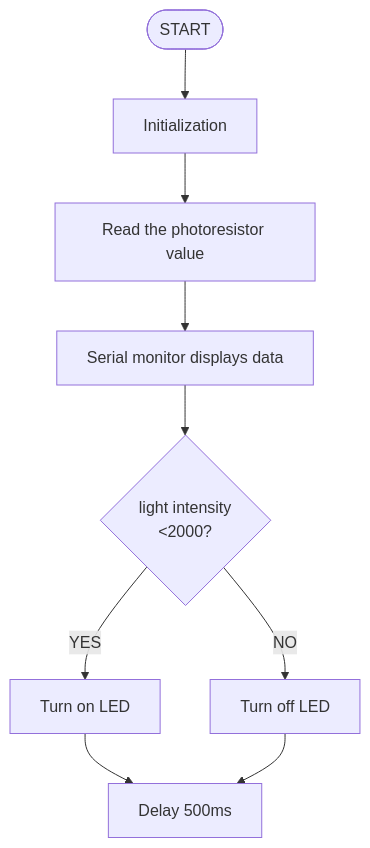
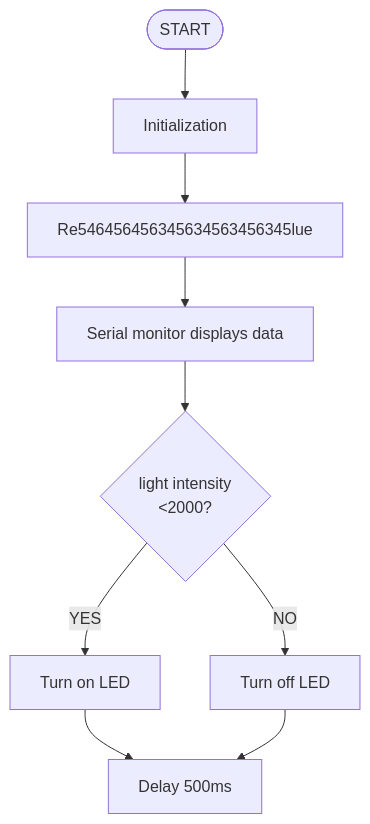
One commit to keyestudio/KS0597- changed the third of 6 diagrams in docs/4.Arduino Projects/4.3 Projects/Project 1.md. Above: the diagram before and after it, drawn with Mermaid. The commit also changed other lines of this file, not shown here.

````diff
--- a/docs/4.Arduino Projects/4.3 Projects/Project 1.md
+++ b/docs/4.Arduino Projects/4.3 Projects/Project 1.md
@@ -371,10 +371,10 @@
 ```mermaid
 graph TD
     A([START]) --> B[Initialization]
-    B --> C[Read the photoresistor value]
+    B --> C[Re546456456345634563456345lue]
     C --> D[Serial monitor displays data]
     D --> E{light intensity<br><2000?}
     E -- YES --> F[Turn on LED]
     E -- NO --> G[Turn off LED]
     F & G --> H[Delay 500ms]
 ```
````
